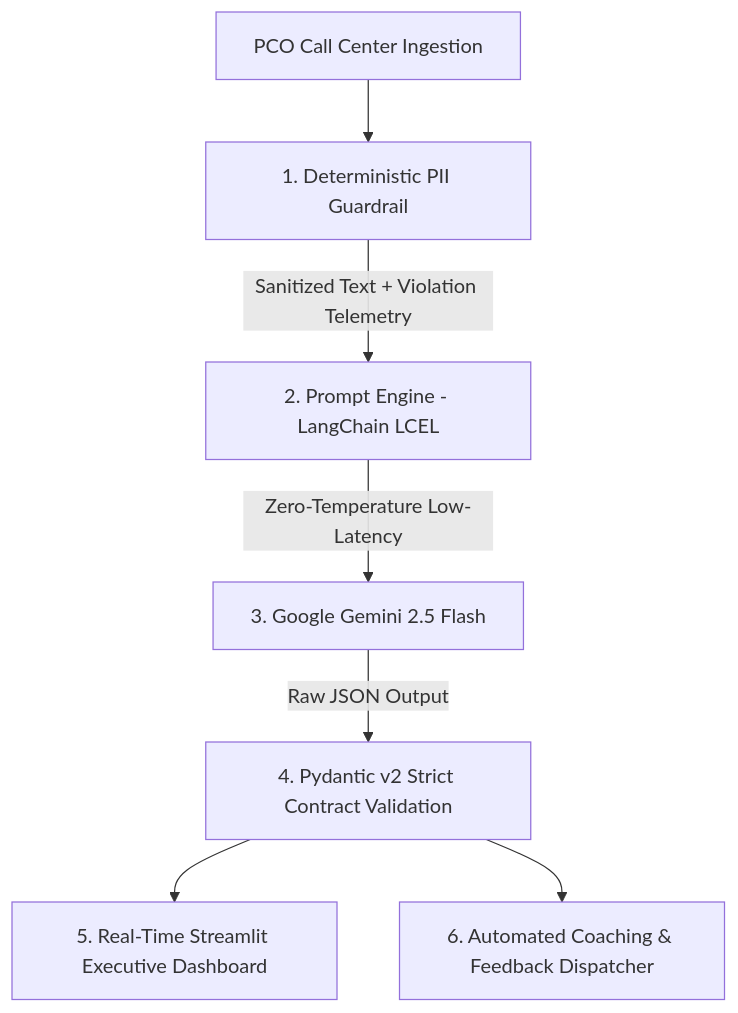
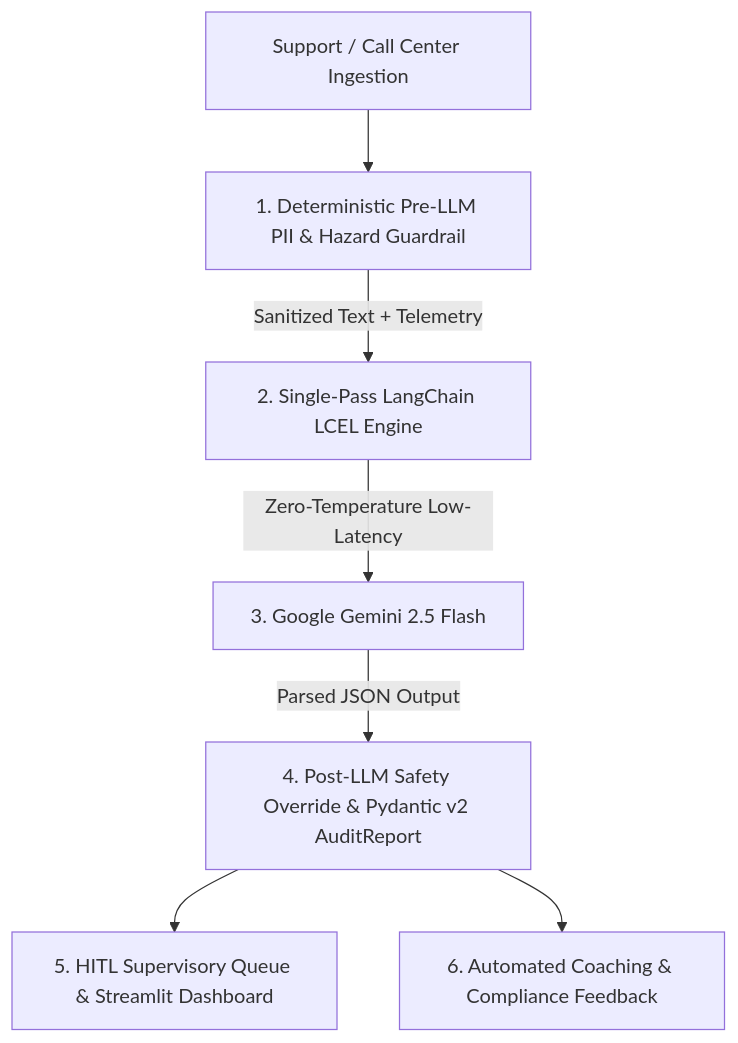
Before and after one commit to jraphaelcunha/qualityops-ai-agent: the diagram in README.md, drawn with Mermaid. The commit also changed other lines of this file and 10 other files, not shown here.

Commit message:
feat(eval): add compliance eval harness, honest offline latency telemetry, architecture docs, and CI gate

````diff
--- a/README.md
+++ b/README.md
@@ -19,9 +30,9 @@
 ```mermaid
 flowchart TD
-    A[PCO Call Center Ingestion] --> B[1. Deterministic PII Guardrail]
-    B -->|Sanitized Text + Violation Telemetry| C[2. Prompt Engine - LangChain LCEL]
+    A[Support / Call Center Ingestion] --> B[1. Deterministic Pre-LLM PII & Hazard Guardrail]
+    B -->|Sanitized Text + Telemetry| C[2. Single-Pass LangChain LCEL Engine]
     C -->|Zero-Temperature Low-Latency| D[3. Google Gemini 2.5 Flash]
-    D -->|Raw JSON Output| E[4. Pydantic v2 Strict Contract Validation]
-    E --> F[5. Real-Time Streamlit Executive Dashboard]
-    E --> G[6. Automated Coaching & Feedback Dispatcher]
+    D -->|Parsed JSON Output| E[4. Post-LLM Safety Override & Pydantic v2 AuditReport]
+    E --> F[5. HITL Supervisory Queue & Streamlit Dashboard]
+    E --> G[6. Automated Coaching & Compliance Feedback]
 ```
````
